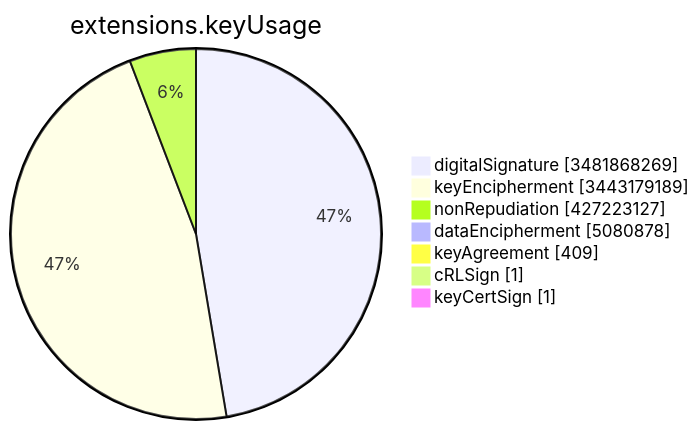
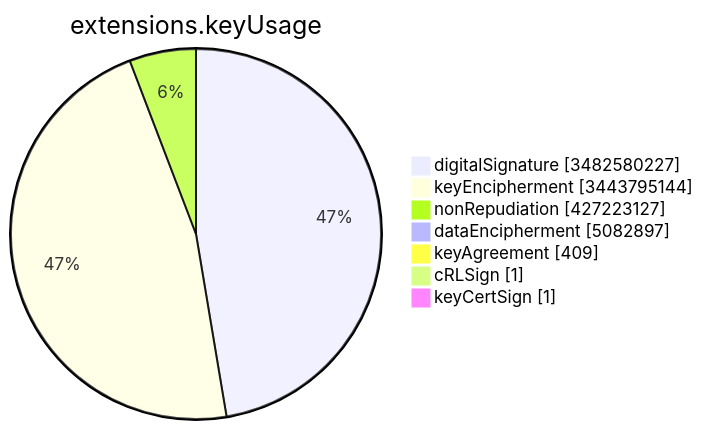
Before and after one commit to christiankrug/ctmonitor_visualization: the sixth of 15 diagrams in TOTAL/README.md, drawn with Mermaid. The commit also changed other lines of this file, not shown here.

````diff
--- a/TOTAL/README.md
+++ b/TOTAL/README.md
@@ -3082,11 +3082,11 @@
 ```mermaid
 pie showData
 title extensions.keyUsage
-"digitalSignature" :3481868269
-"keyEncipherment" :3443179189
+"digitalSignature" :3482580227
+"keyEncipherment" :3443795144
 "nonRepudiation" :427223127
-"dataEncipherment" :5080878
+"dataEncipherment" :5082897
 "keyAgreement" :409
 "cRLSign" :1
 "keyCertSign" :1
 ```
````
